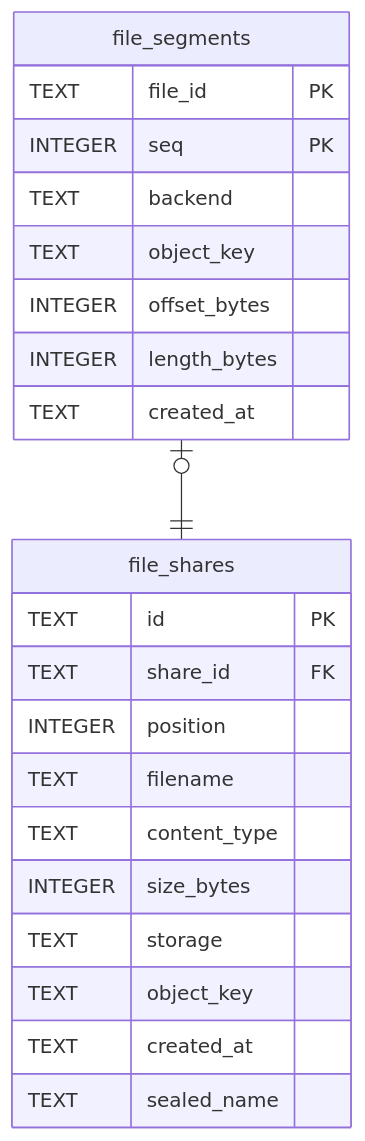
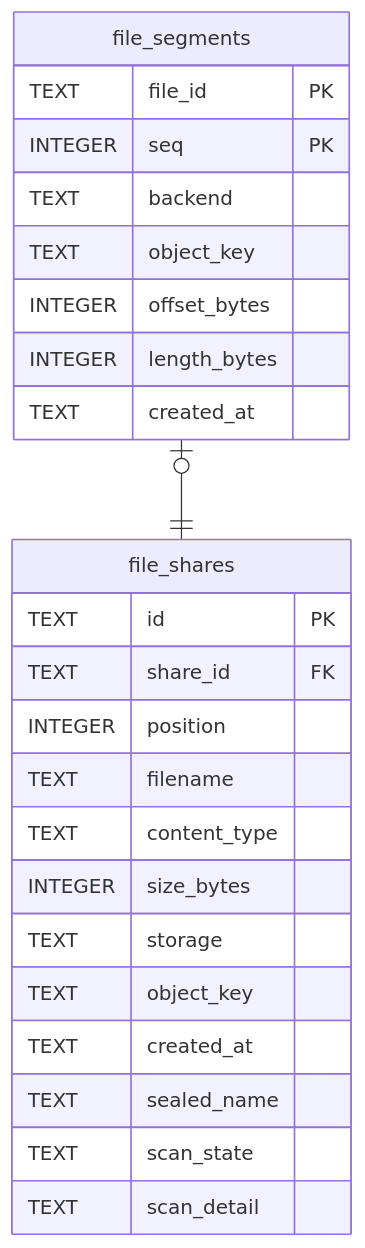
The diagram in docs/schema/file_segments.md (Limatura/tessera), drawn with Mermaid before and after one commit. The commit also changed 41 other files, not shown here.

````diff
--- a/docs/schema/file_segments.md
+++ b/docs/schema/file_segments.md
@@ -60,27 +60,29 @@
 ```mermaid
 erDiagram
 
 "file_segments" |o--|| "file_shares" : ""
 
 "file_segments" {
   TEXT file_id PK
   INTEGER seq PK
   TEXT backend
   TEXT object_key
   INTEGER offset_bytes
   INTEGER length_bytes
   TEXT created_at
 }
 "file_shares" {
   TEXT id PK
   TEXT share_id FK
   INTEGER position
   TEXT filename
   TEXT content_type
   INTEGER size_bytes
   TEXT storage
   TEXT object_key
   TEXT created_at
   TEXT sealed_name
+  TEXT scan_state
+  TEXT scan_detail
 }
 ```
````
